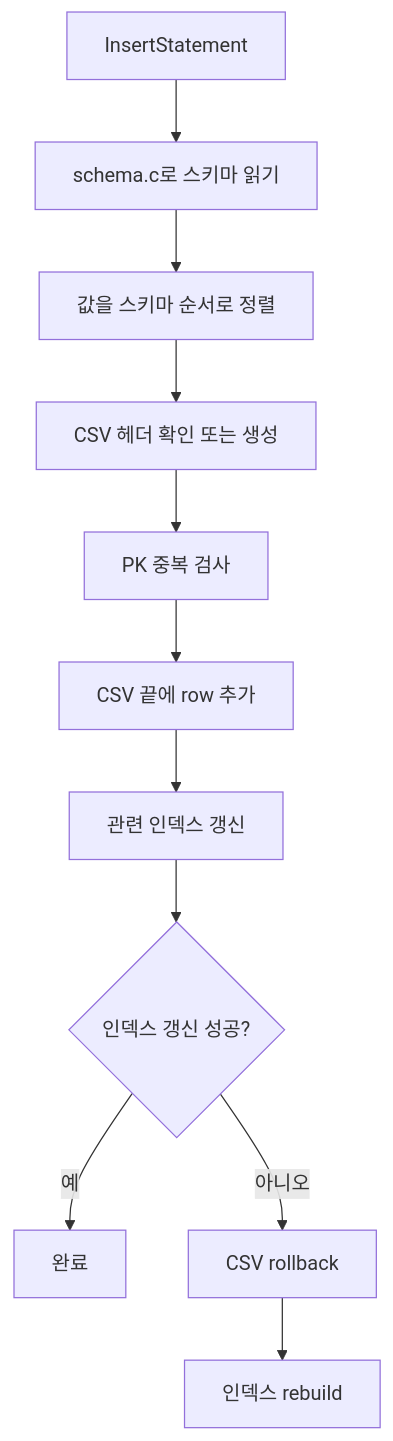
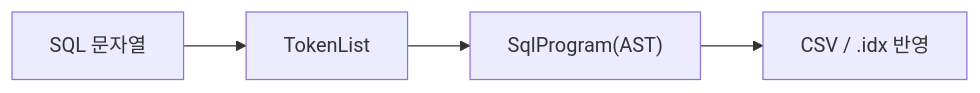
Before and after one commit to Jungle-12-303/week6-team5-sql: the fifth of 7 diagrams in docs/code-reading-notes.md, drawn with Mermaid. The commit also changed other lines of this file, not shown here.

````diff
--- a/docs/code-reading-notes.md
+++ b/docs/code-reading-notes.md
@@ -261,13 +476,6 @@
 ```mermaid
-flowchart TD
-    A["InsertStatement"] --> B["schema.c로 스키마 읽기"]
-    B --> C["값을 스키마 순서로 정렬"]
-    C --> D["CSV 헤더 확인 또는 생성"]
-    D --> E["PK 중복 검사"]
-    E --> F["CSV 끝에 row 추가"]
-    F --> G["관련 인덱스 갱신"]
-    G --> H{"인덱스 갱신 성공?"}
-    H -- 예 --> I["완료"]
-    H -- 아니오 --> J["CSV rollback"]
-    J --> K["인덱스 rebuild"]
+flowchart LR
+    A["SQL 문자열"] --> B["TokenList"]
+    B --> C["SqlProgram(AST)"]
+    C --> D["CSV / .idx 반영"]
 ```
````
